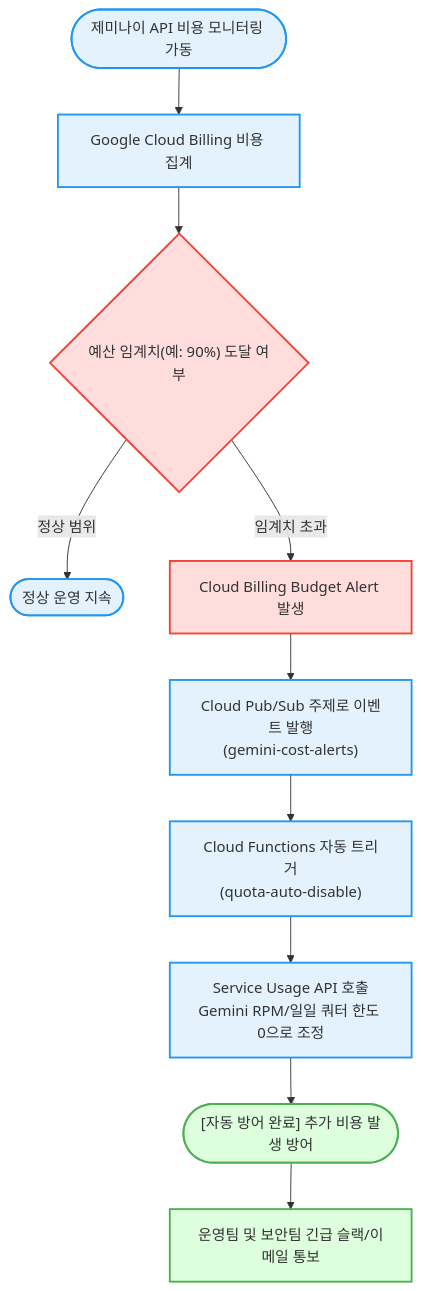
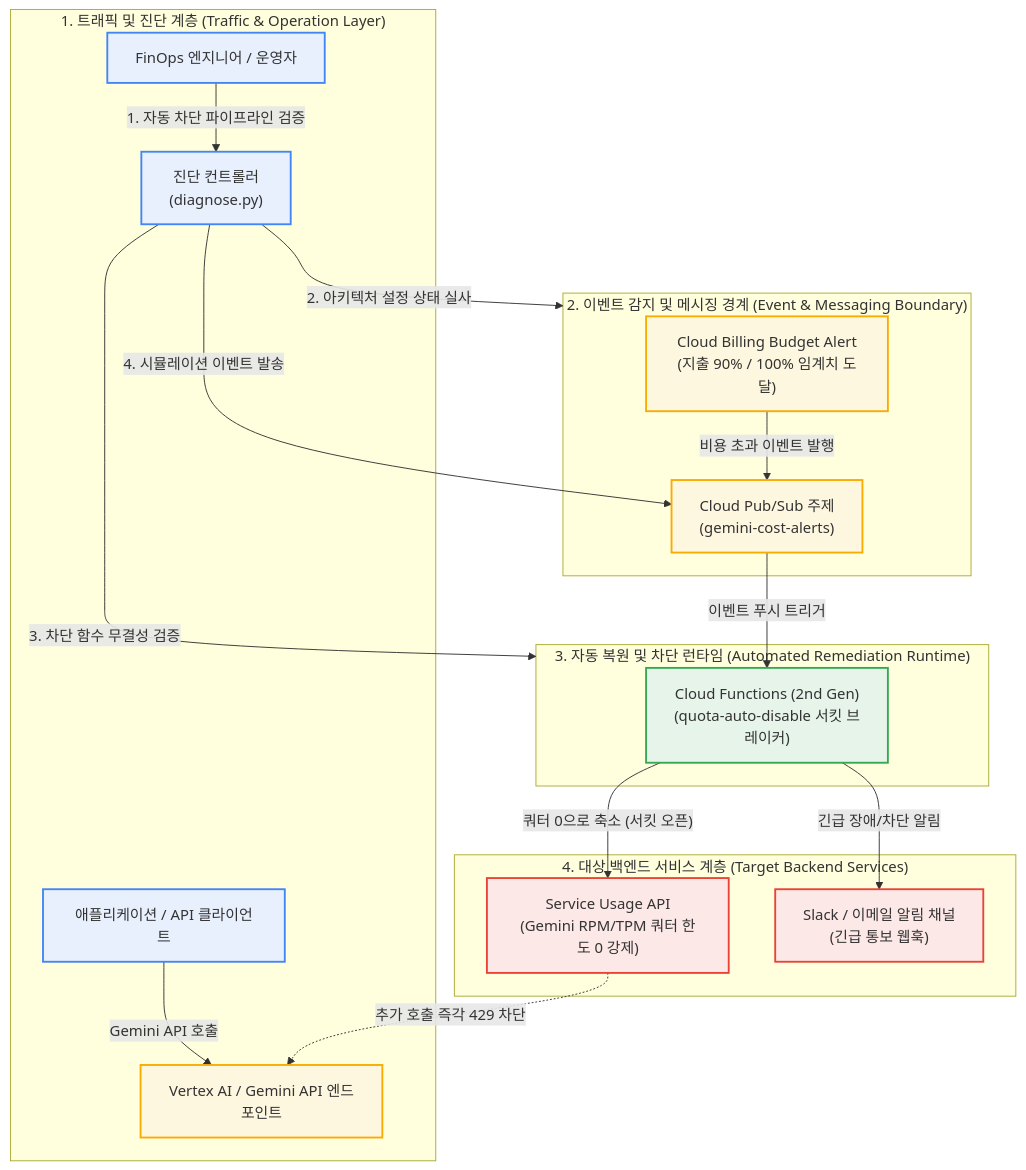
The diagram in samples/gemini-quota-cost-alert/README.md (jiangjun-forge/google-cloud-0-to-1), drawn with Mermaid before and after one commit. The commit also changed other lines of this file and 94 other files, not shown here.

Commit message:
Standardize architecture specifications

````diff
--- a/samples/gemini-quota-cost-alert/README.md
+++ b/samples/gemini-quota-cost-alert/README.md
@@ -74,24 +76,41 @@
 ```mermaid
 flowchart TD
-    Start(["제미나이 API 비용 모니터링 가동"]) --> CheckSpend["Google Cloud Billing 비용 집계"]
-    CheckSpend --> Threshold{"예산 임계치(예: 90%) 도달 여부"}
-    
-    Threshold -- "정상 범위" --> Safe(["정상 운영 지속"])
-    Threshold -- "임계치 초과" --> TriggerAlert["Cloud Billing Budget Alert 발생"]
-    
-    TriggerAlert --> PublishPubSub["Cloud Pub/Sub 주제로 이벤트 발행<br/>(gemini-cost-alerts)"]
-    PublishPubSub --> InvokeFunction["Cloud Functions 자동 트리거<br/>(quota-auto-disable)"]
-    
-    InvokeFunction --> QuotaZero["Service Usage API 호출<br/>Gemini RPM/일일 쿼터 한도 0으로 조정"]
-    QuotaZero --> Blocked(["[자동 방어 완료] 추가 비용 발생 방어"])
-    
-    Blocked --> Notify["운영팀 및 보안팀 긴급 슬랙/이메일 통보"]
+    subgraph Layer1["1. 트래픽 및 진단 계층 (Traffic & Operation Layer)"]
+        User["애플리케이션 / API 클라이언트"] -->|"Gemini API 호출"| Endpoint["Vertex AI / Gemini API 엔드포인트"]
+        FinOps["FinOps 엔지니어 / 운영자"] -->|"1. 자동 차단 파이프라인 검증"| CLI["진단 컨트롤러<br/>(diagnose.py)"]
+    end
 
-    classDef alert fill:#ffdddd,stroke:#f44336,stroke-width:2px;
-    classDef success fill:#ddffdd,stroke:#4caf50,stroke-width:2px;
-    classDef action fill:#e3f2fd,stroke:#2196f3,stroke-width:2px;
-    class Start,Safe action;
-    class Threshold,TriggerAlert alert;
-    class Blocked,Notify success;
-    class CheckSpend,PublishPubSub,InvokeFunction,QuotaZero action;
+    subgraph Layer2["2. 이벤트 감지 및 메시징 경계 (Event & Messaging Boundary)"]
+        BudgetAlert["Cloud Billing Budget Alert<br/>(지출 90% / 100% 임계치 도달)"]
+        PubSub["Cloud Pub/Sub 주제<br/>(gemini-cost-alerts)"]
+        BudgetAlert -->|"비용 초과 이벤트 발행"| PubSub
+    end
+
+    subgraph Layer3["3. 자동 복원 및 차단 런타임 (Automated Remediation Runtime)"]
+        Function["Cloud Functions (2nd Gen)<br/>(quota-auto-disable 서킷 브레이커)"]
+        PubSub -->|"이벤트 푸시 트리거"| Function
+    end
+
+    subgraph Layer4["4. 대상 백엔드 서비스 계층 (Target Backend Services)"]
+        ServiceUsage["Service Usage API<br/>(Gemini RPM/TPM 쿼터 한도 0 강제)"]
+        Slack["Slack / 이메일 알림 채널<br/>(긴급 통보 웹훅)"]
+    end
+
+    Function -->|"쿼터 0으로 축소 (서킷 오픈)"| ServiceUsage
+    Function -->|"긴급 장애/차단 알림"| Slack
+    ServiceUsage -.->|"추가 호출 즉각 429 차단"| Endpoint
+
+    CLI -->|"2. 아키텍처 설정 상태 실사"| Layer2
+    CLI -->|"3. 차단 함수 무결성 검증"| Layer3
+    CLI -->|"4. 시뮬레이션 이벤트 발송"| PubSub
+
+    classDef portal fill:#e8f0fe,stroke:#4285f4,stroke-width:2px;
+    classDef security fill:#fef7e0,stroke:#f9ab00,stroke-width:2px;
+    classDef runtime fill:#e6f4ea,stroke:#34a853,stroke-width:2px;
+    classDef backend fill:#fce8e6,stroke:#ea4335,stroke-width:2px;
+
+    class User,FinOps,CLI portal;
+    class Endpoint,BudgetAlert,PubSub security;
+    class Function runtime;
+    class ServiceUsage,Slack backend;
 ```
````
